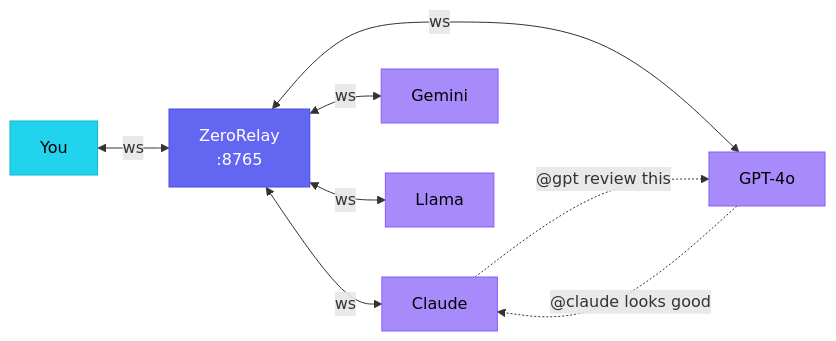
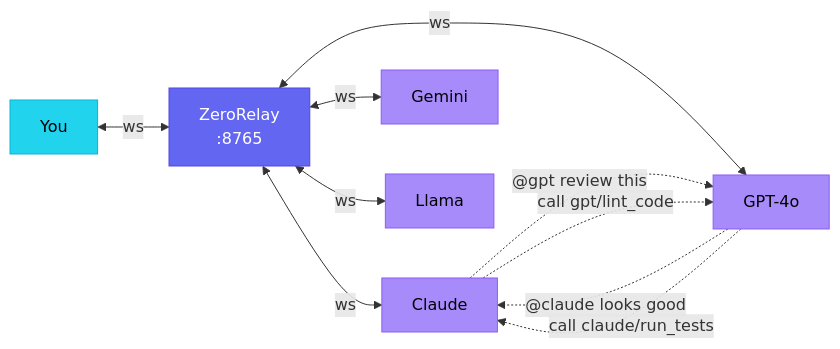
The first of 6 diagrams in README.md (zeroshotstudio/ZeroRelay), drawn with Mermaid before and after one commit. The commit also changed other lines of this file, not shown here.

````diff
--- a/README.md
+++ b/README.md
@@ -59,17 +68,19 @@
 ```mermaid
 graph LR
     You["You"] <-->|ws| R["ZeroRelay\n:8765"]
     R <-->|ws| C["Claude"]
     R <-->|ws| G["GPT-4o"]
     R <-->|ws| Gem["Gemini"]
     R <-->|ws| L["Llama"]
     C -.->|"@gpt review this"| G
     G -.->|"@claude looks good"| C
+    C -. "call gpt/lint_code" .-> G
+    G -. "call claude/run_tests" .-> C
 
     style R fill:#6366f1,stroke:#4f46e5,color:#fff
     style You fill:#22d3ee,stroke:#06b6d4,color:#000
     style C fill:#a78bfa,stroke:#8b5cf6,color:#000
     style G fill:#a78bfa,stroke:#8b5cf6,color:#000
     style Gem fill:#a78bfa,stroke:#8b5cf6,color:#000
     style L fill:#a78bfa,stroke:#8b5cf6,color:#000
 ```
````
